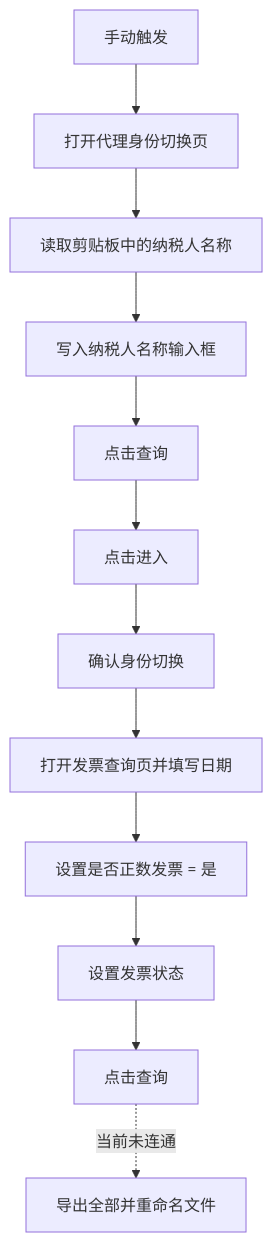
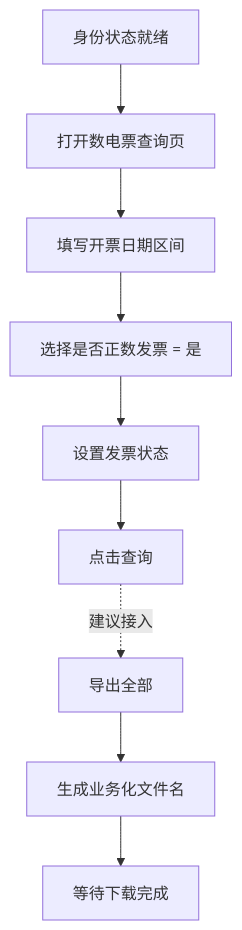
One commit to accountder/workspace.io changed the diagram in src/content/blog/tax-automa/automa-tax-workflow-blog.md. Above: the diagram before and after it, drawn with Mermaid. The commit also changed other lines of this file and 8 other files, not shown here.

Commit message:
feat: tax-automa 文章添加头图 banner.png，适配 Astro schema

````diff
--- a/src/content/blog/tax-automa/automa-tax-workflow-blog.md
+++ b/src/content/blog/tax-automa/automa-tax-workflow-blog.md
@@ -30,14 +42,11 @@
 ```mermaid
 flowchart TD
-  A["手动触发"] --> B["打开代理身份切换页"]
-  B --> C["读取剪贴板中的纳税人名称"]
-  C --> D["写入纳税人名称输入框"]
-  D --> E["点击查询"]
-  E --> F["点击进入"]
-  F --> G["确认身份切换"]
-  G --> H["打开发票查询页并填写日期"]
-  H --> I["设置是否正数发票 = 是"]
-  I --> J["设置发票状态"]
-  J --> K["点击查询"]
-  K -. "当前未连通" .-> L["导出全部并重命名文件"]
+  A["身份状态就绪"] --> B["打开数电票查询页"]
+  B --> C["填写开票日期区间"]
+  C --> D["选择是否正数发票 = 是"]
+  D --> E["设置发票状态"]
+  E --> F["点击查询"]
+  F -. "建议接入" .-> G["导出全部"]
+  G --> H["生成业务化文件名"]
+  H --> I["等待下载完成"]
 ```
````
